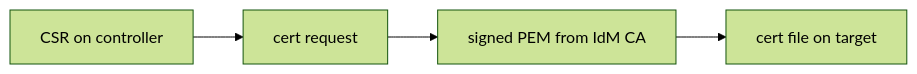
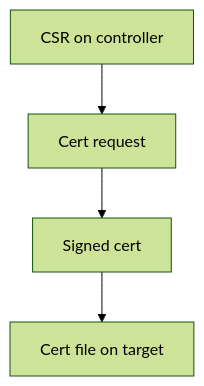
One commit to gprocunier/eigenstate-ipa changed the second of 12 diagrams in docs/cert-use-cases.md. Above: the diagram before and after it, drawn with Mermaid (forest theme). The commit also changed other lines of this file and 12 other files, not shown here.

Commit message:
Clean up Mermaid diagrams across docs

````diff
--- a/docs/cert-use-cases.md
+++ b/docs/cert-use-cases.md
@@ -63,4 +66,9 @@
 ```mermaid
-flowchart LR
-    A["CSR on controller"] --> B["cert request"] --> C["signed PEM from IdM CA"] --> D["cert file on target"]
+flowchart TD
+    csr["CSR on controller"]
+    request["Cert request"]
+    signed["Signed cert"]
+    deploy["Cert file on target"]
+
+    csr --> request --> signed --> deploy
 ```
````
